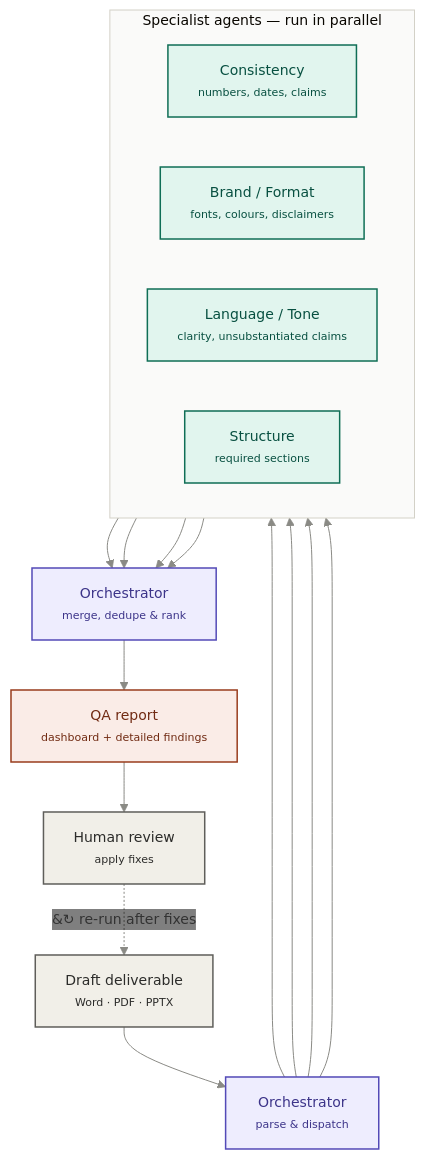
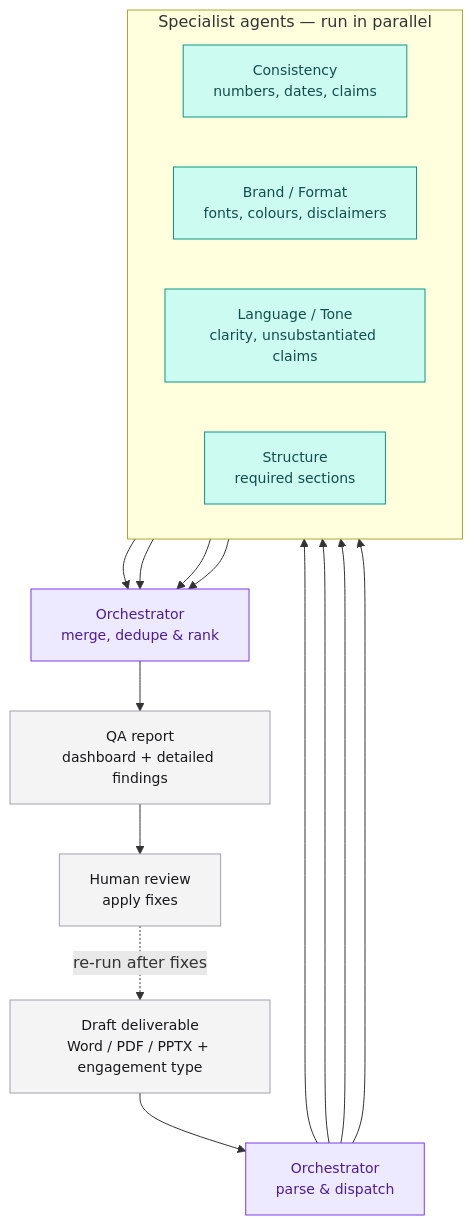
The diagram in README.md (arifbazli/deliverableqa-agent), drawn with Mermaid before and after one commit. The commit also changed other lines of this file and 2 other files, not shown here.

Commit message:
Reconcile tech stack with original proposal (Python/local vs Cloudflare/TS)

````diff
--- a/README.md
+++ b/README.md
@@ -23,33 +24,36 @@
 ```mermaid
-%%{init: {'theme':'base', 'themeVariables': {'fontFamily': 'system-ui, sans-serif', 'fontSize': '14px', 'lineColor': '#8a8a85', 'edgeLabelBackground':'transparent'}}}%%
 flowchart TD
-    A["Draft deliverable<br/><span style='font-size:11px'>Word · PDF · PPTX</span>"]:::io --> B
+    A["Draft deliverable<br/>Word / PDF / PPTX + engagement type"] --> B
 
-    B["Orchestrator<br/><span style='font-size:11px'>parse & dispatch</span>"]:::orch --> C1
+    B["Orchestrator<br/>parse & dispatch"] --> C1
     B --> C2
     B --> C3
     B --> C4
 
     subgraph agents [" Specialist agents — run in parallel "]
         direction LR
-        C1["Consistency<br/><span style='font-size:11px'>numbers, dates, claims</span>"]:::agent
-        C2["Brand / Format<br/><span style='font-size:11px'>fonts, colours, disclaimers</span>"]:::agent
-        C3["Language / Tone<br/><span style='font-size:11px'>clarity, unsubstantiated claims</span>"]:::agent
-        C4["Structure<br/><span style='font-size:11px'>required sections</span>"]:::agent
+        C1["Consistency<br/>numbers, dates, claims"]
+        C2["Brand / Format<br/>fonts, colours, disclaimers"]
+        C3["Language / Tone<br/>clarity, unsubstantiated claims"]
+        C4["Structure<br/>required sections"]
     end
 
     C1 --> D
     C2 --> D
     C3 --> D
     C4 --> D
 
-    D["Orchestrator<br/><span style='font-size:11px'>merge, dedupe & rank</span>"]:::orch --> E
-    E["QA report<br/><span style='font-size:11px'>dashboard + detailed findings</span>"]:::out --> F
-    F["Human review<br/><span style='font-size:11px'>apply fixes</span>"]:::io -.->|"&#8635; re-run after fixes"| A
+    D["Orchestrator<br/>merge, dedupe & rank"] --> E
+    E["QA report<br/>dashboard + detailed findings"] --> F
+    F["Human review<br/>apply fixes"] -.->|re-run after fixes| A
 
-    classDef io fill:#F1EFE8,stroke:#5F5E5A,color:#2C2C2A,stroke-width:1.5px
-    classDef orch fill:#EEEDFE,stroke:#534AB7,color:#3C3489,stroke-width:1.5px
-    classDef agent fill:#E1F5EE,stroke:#0F6E56,color:#085041,stroke-width:1.5px
-    classDef out fill:#FAECE7,stroke:#993C1D,color:#712B13,stroke-width:1.5px
-    style agents fill:#FAFAF9,stroke:#D3D1C7,stroke-width:1px
+    classDef input fill:#f4f4f5,stroke:#a1a1aa,color:#18181b,font-size:14px
+    classDef control fill:#ede9fe,stroke:#7c3aed,color:#4c1d95,font-size:14px
+    classDef agent fill:#ccfbf1,stroke:#0d9488,color:#134e4a,font-size:14px
+    classDef output fill:#f4f4f5,stroke:#a1a1aa,color:#18181b,font-size:14px
+
+    class A input
+    class B,D control
+    class C1,C2,C3,C4 agent
+    class E,F output
 ```
````
